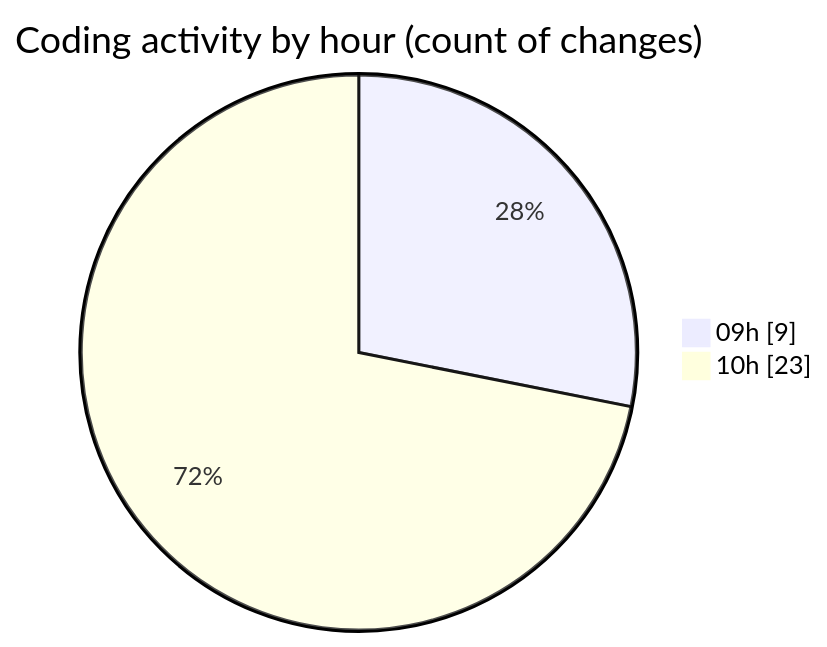
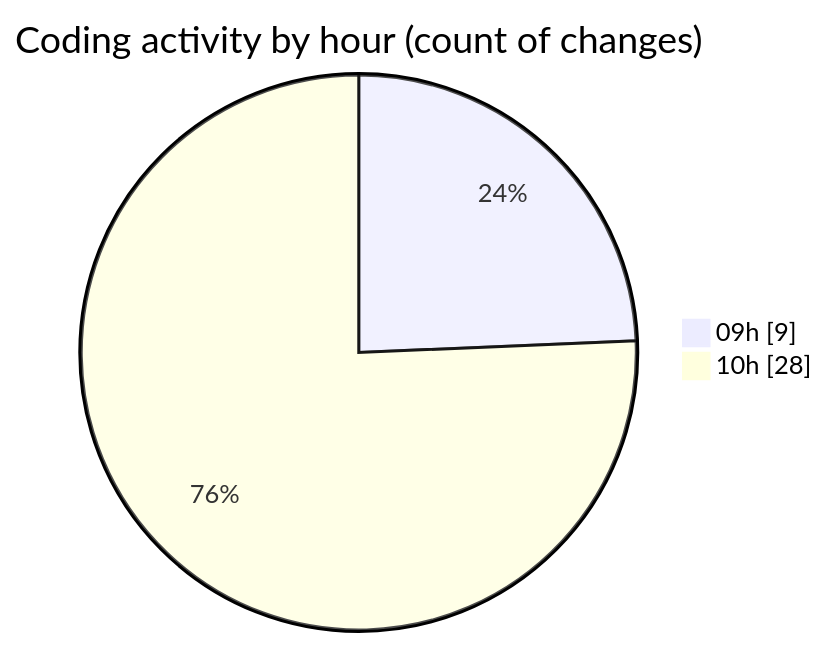
Before and after one commit to momahboobian/code-tracking: the second of 2 diagrams in 2025-06-06/cda/README.md, drawn with Mermaid. The commit also changed other lines of this file and 1 other file, not shown here.

````diff
--- a/2025-06-06/cda/README.md
+++ b/2025-06-06/cda/README.md
@@ -33,6 +34,6 @@
 ```mermaid
 pie showData
 title Coding activity by hour (count of changes)
 "09h" : 9
-"10h" : 23
+"10h" : 28
 ```
````
